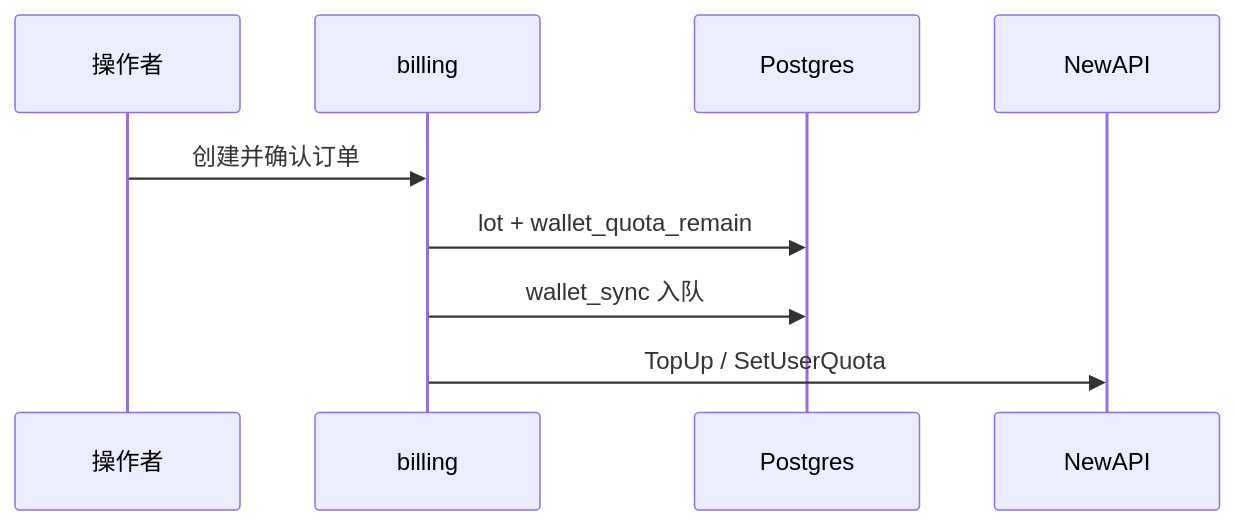
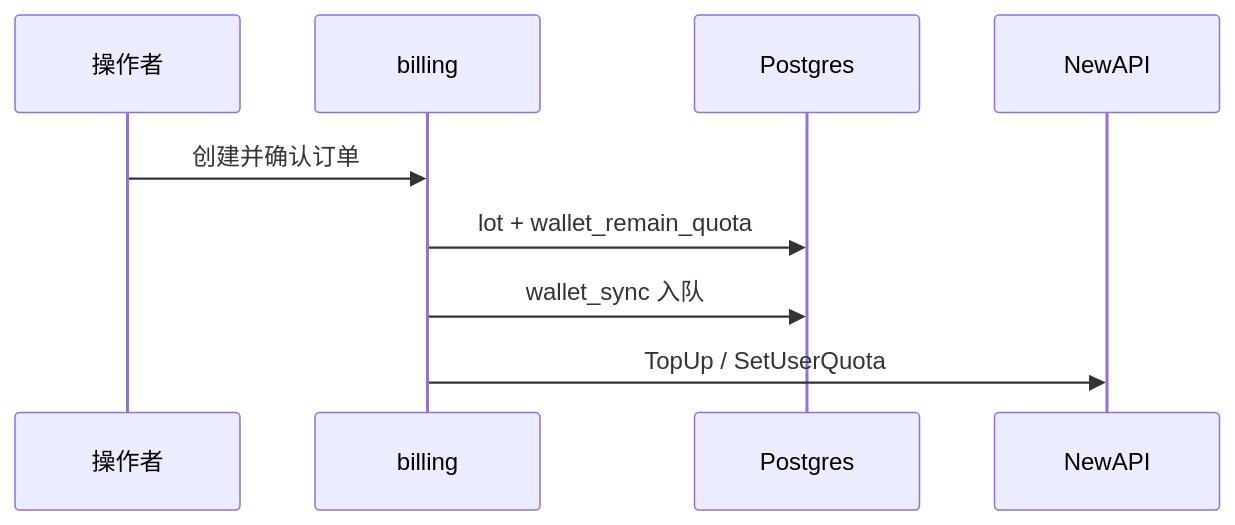
Before and after one commit to quyip8818/mytokenjoy: the tenth of 10 diagrams in docs/Backend-预算.md, drawn with Mermaid. The commit also changed other lines of this file and 49 other files, not shown here.

Commit message:
rename wallet_remain

````diff
--- a/docs/Backend-预算.md
+++ b/docs/Backend-预算.md
@@ -392,12 +392,12 @@
 ```mermaid
 sequenceDiagram
   participant U as 操作者
   participant B as billing
   participant DB as Postgres
   participant NA as NewAPI
 
   U->>B: 创建并确认订单
-  B->>DB: lot + wallet_quota_remain
+  B->>DB: lot + wallet_remain_quota
   B->>DB: wallet_sync 入队
   B->>NA: TopUp / SetUserQuota
 ```
````
